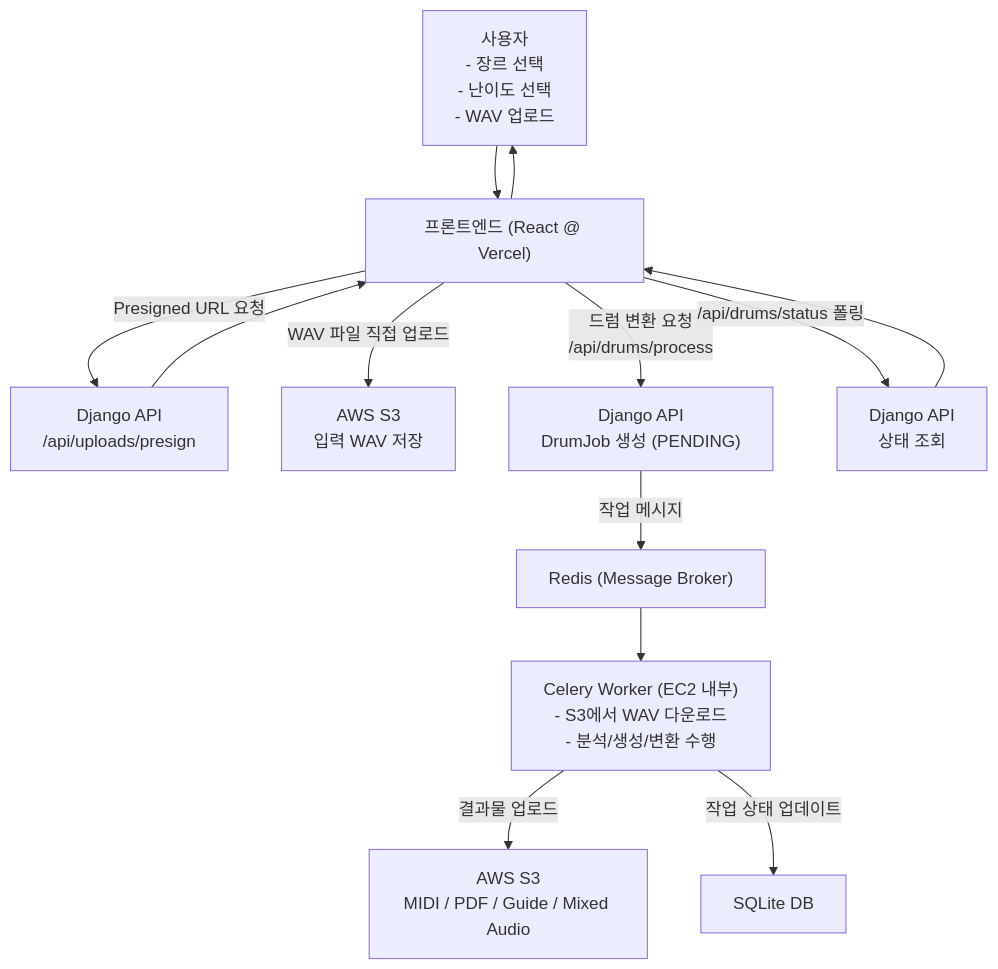
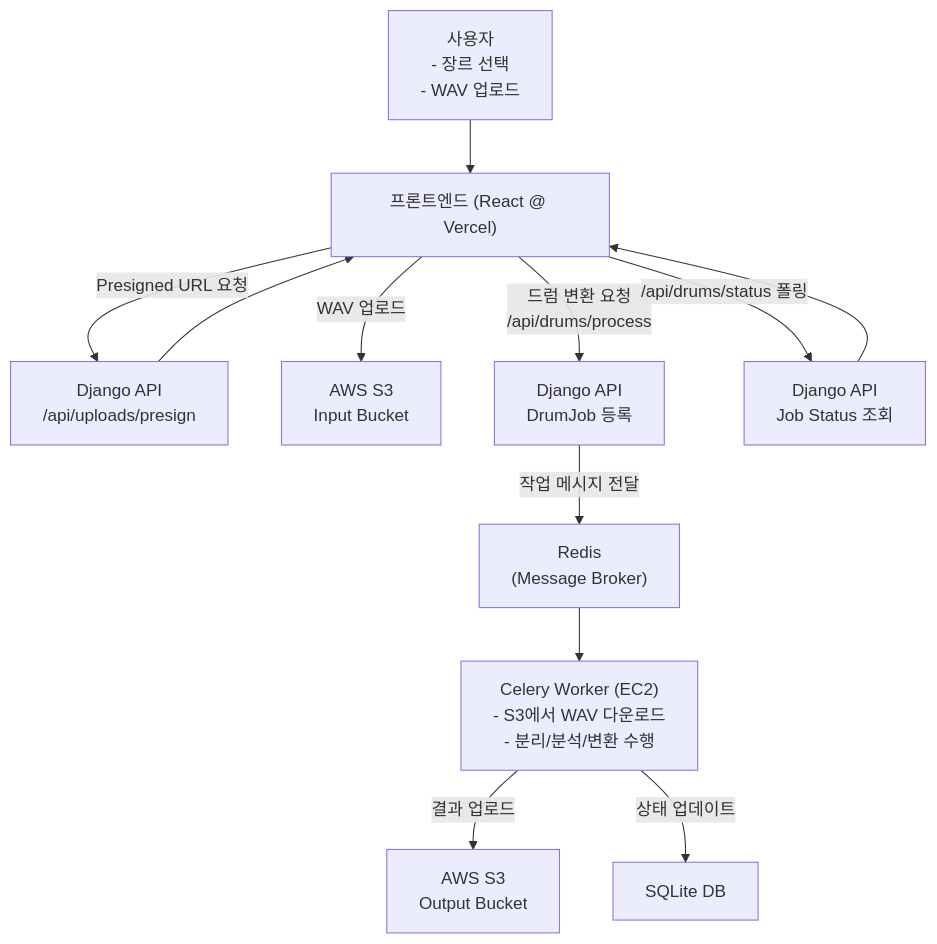
The diagram in README.md (OpenSWProject0302/front), drawn with Mermaid before and after one commit. The commit also changed other lines of this file, not shown here.

`````diff
--- a/README.md
+++ b/README.md
@@ -44,26 +43,23 @@
 ```mermaid
 flowchart TD
 
-    User["사용자<br/>- 장르 선택<br/>- 난이도 선택<br/>- WAV 업로드"] --> FE["프론트엔드 (React @ Vercel)"]
+    User["사용자<br/>- 장르 선택<br/>- WAV 업로드"] --> FE["프론트엔드 (React @ Vercel)"]
 
     FE -->|Presigned URL 요청| BE_Presign["Django API<br/>/api/uploads/presign"]
     BE_Presign --> FE
 
-    FE -->|WAV 파일 직접 업로드| S3_Input["AWS S3<br/>입력 WAV 저장"]
+    FE -->|WAV 업로드| S3_Input["AWS S3<br/>Input Bucket"]
 
-    FE -->|드럼 변환 요청<br/>/api/drums/process| BE_Process["Django API<br/>DrumJob 생성 (PENDING)"]
+    FE -->|드럼 변환 요청<br/>/api/drums/process| BE_Process["Django API<br/>DrumJob 등록"]
 
-    BE_Process -->|작업 메시지| Redis["Redis (Message Broker)"]
+    BE_Process -->|작업 메시지 전달| Redis["Redis<br/>(Message Broker)"]
 
-    Redis --> Worker["Celery Worker (EC2 내부)<br/>- S3에서 WAV 다운로드<br/>- 분석/생성/변환 수행"]
+    Redis --> Worker["Celery Worker (EC2)<br/>- S3에서 WAV 다운로드<br/>- 분리/분석/변환 수행"]
 
-    Worker -->|결과물 업로드| S3_Output["AWS S3<br/>MIDI / PDF / Guide / Mixed Audio"]
+    Worker -->|결과 업로드| S3_Output["AWS S3<br/>Output Bucket"]
 
-    Worker -->|작업 상태 업데이트| DB["SQLite DB"]
+    Worker -->|상태 업데이트| DB["SQLite DB"]
 
-    FE -->|/api/drums/status 폴링| BE_Status["Django API<br/>상태 조회"]
-
+    FE -->|/api/drums/status 폴링| BE_Status["Django API<br/>Job Status 조회"]
     BE_Status --> FE
-    FE --> User
-
-```
+````
`````
